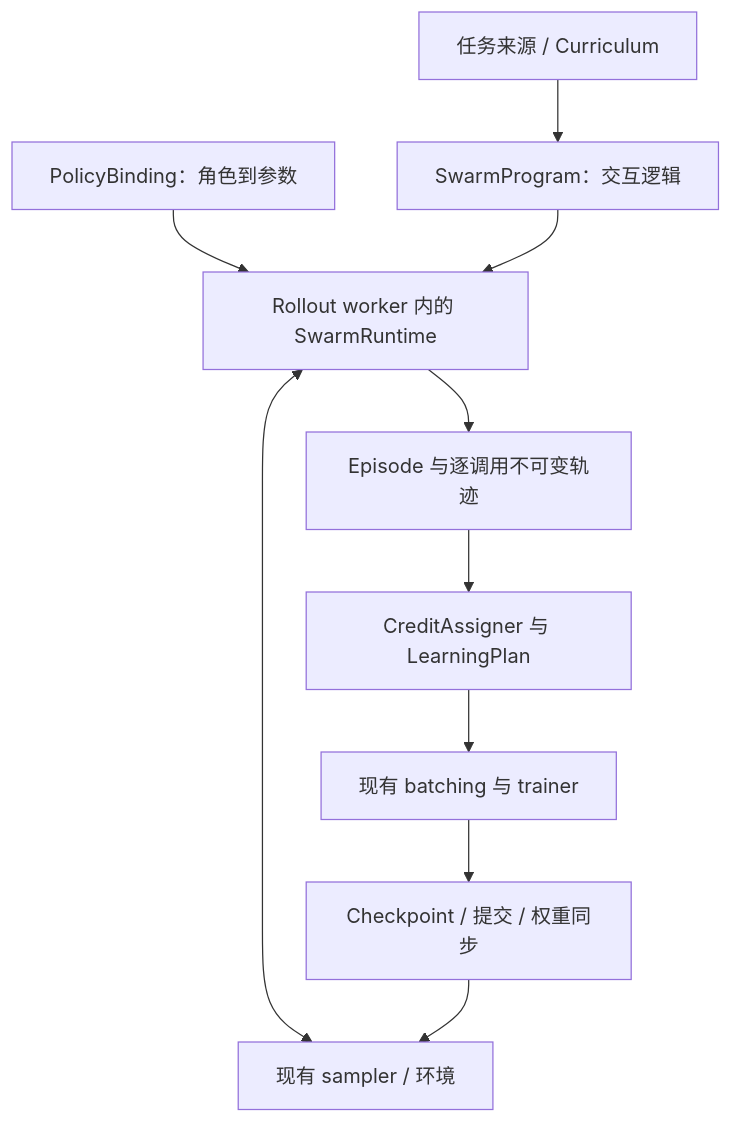
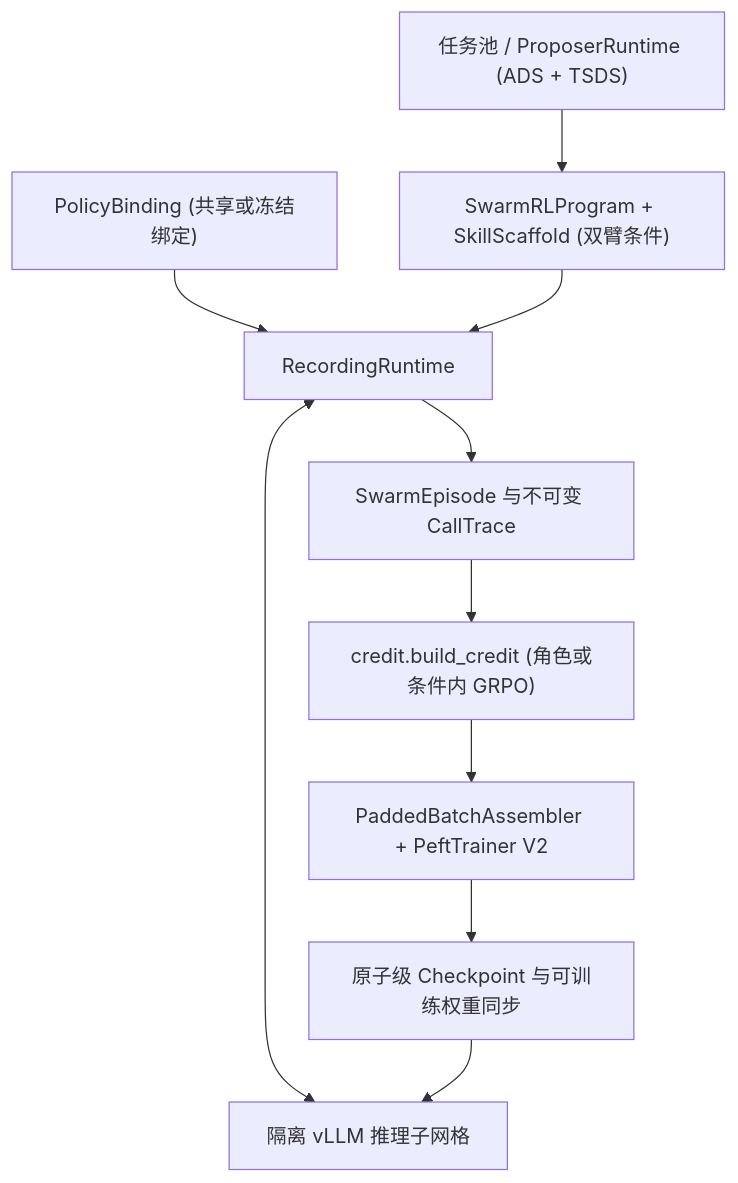
One commit to google/tunix changed the second of 2 diagrams in docs/swarm_training_overview_zh.md. Above: the diagram before and after it, drawn with Mermaid. The commit also changed other lines of this file and 20 other files, not shown here.

Commit message:
Implement Full R2Orch two-timescale self-play (Proposer, SkillScaffold, PATS) & 128-chip TPU v5p validation

````diff
--- a/docs/swarm_training_overview_zh.md
+++ b/docs/swarm_training_overview_zh.md
@@ -31,12 +25,12 @@
 ```mermaid
 flowchart TD
-    C[任务来源 / Curriculum] --> P[SwarmProgram：交互逻辑]
-    B[PolicyBinding：角色到参数] --> R[Rollout worker 内的 SwarmRuntime]
+    C["任务池 / ProposerRuntime (ADS + TSDS)"] --> P["SwarmRLProgram + SkillScaffold (双臂条件)"]
+    B["PolicyBinding (共享或冻结绑定)"] --> R["RecordingRuntime"]
     P --> R
-    R <--> S[现有 sampler / 环境]
-    R --> T[Episode 与逐调用不可变轨迹]
-    T --> L[CreditAssigner 与 LearningPlan]
-    L --> D[现有 batching 与 trainer]
-    D --> K[Checkpoint / 提交 / 权重同步]
+    R <--> S["隔离 vLLM 推理子网格"]
+    R --> T["SwarmEpisode 与不可变 CallTrace"]
+    T --> L["credit.build_credit (角色或条件内 GRPO)"]
+    L --> D["PaddedBatchAssembler + PeftTrainer V2"]
+    D --> K["原子级 Checkpoint 与可训练权重同步"]
     K --> S
 ```
````
